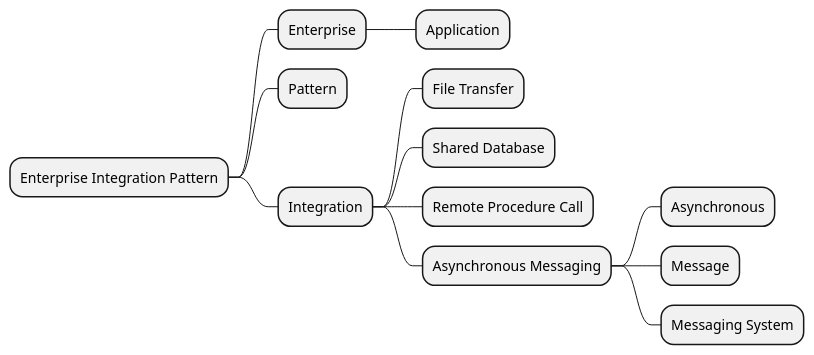
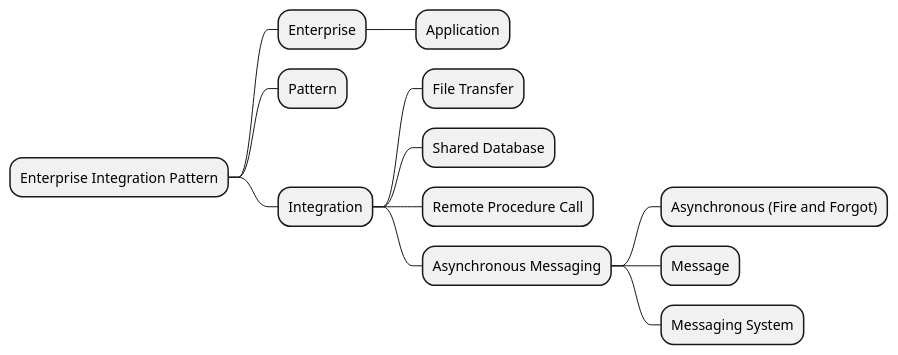
One commit to yanghoon/obsidian-workspace changed the diagram in _diary/2024-07-21.md. Above: the diagram before and after it, drawn with PlantUML.

Commit message:
vault backup: 2024-07-21 20:10:21

````diff
--- a/_diary/2024-07-21.md
+++ b/_diary/2024-07-21.md
@@ -1,19 +1,19 @@
 ```plantuml
 @startmindmap
 + Enterprise Integration Pattern
 
 ++ Enterprise
 +++ Application
 
 ++ Pattern
 
 ++ Integration
 +++ File Transfer
 +++ Shared Database
 +++ Remote Procedure Call
 *** Asynchronous Messaging
-**** Asynchronous
+**** Asynchronous (Fire and Forgot)
 **** Message
 **** Messaging System
 @endmindmap
 ```
````
